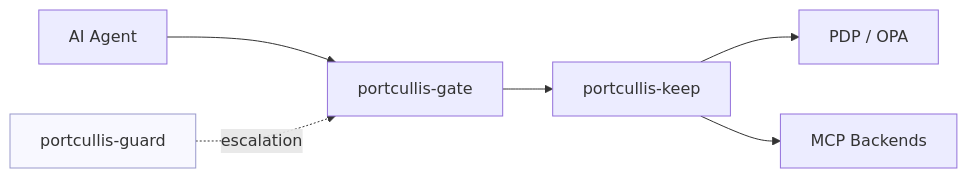
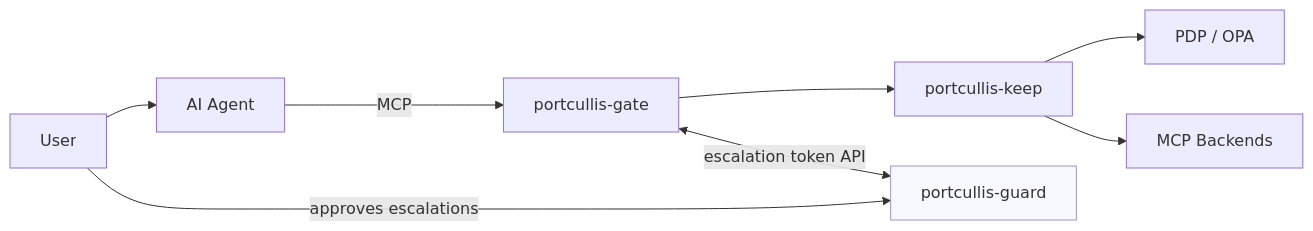
Before and after one commit to paclabsnet/PortcullisMCP: the diagram in README.md, drawn with Mermaid.

Commit message:
updating the architecture diagram in the README

````diff
--- a/README.md
+++ b/README.md
@@ -17,15 +17,18 @@
 ```mermaid
 flowchart LR
+    User["User"]
     Agent["AI Agent"]
     Gate["portcullis-gate"]
     Keep["portcullis-keep"]
     PDP["PDP / OPA"]
     Backends["MCP Backends"]
     Guard["portcullis-guard"]
 
-    Agent --> Gate --> Keep --> PDP
+    User --> Agent
+    Agent -->|MCP| Gate --> Keep --> PDP
     Keep --> Backends
-    Guard -. escalation .-> Gate
+    Gate <-->|escalation token API| Guard
+    User -->|approves escalations| Guard
 
     style Guard fill:#f8f8ff,stroke:#9999cc
 ```
````
